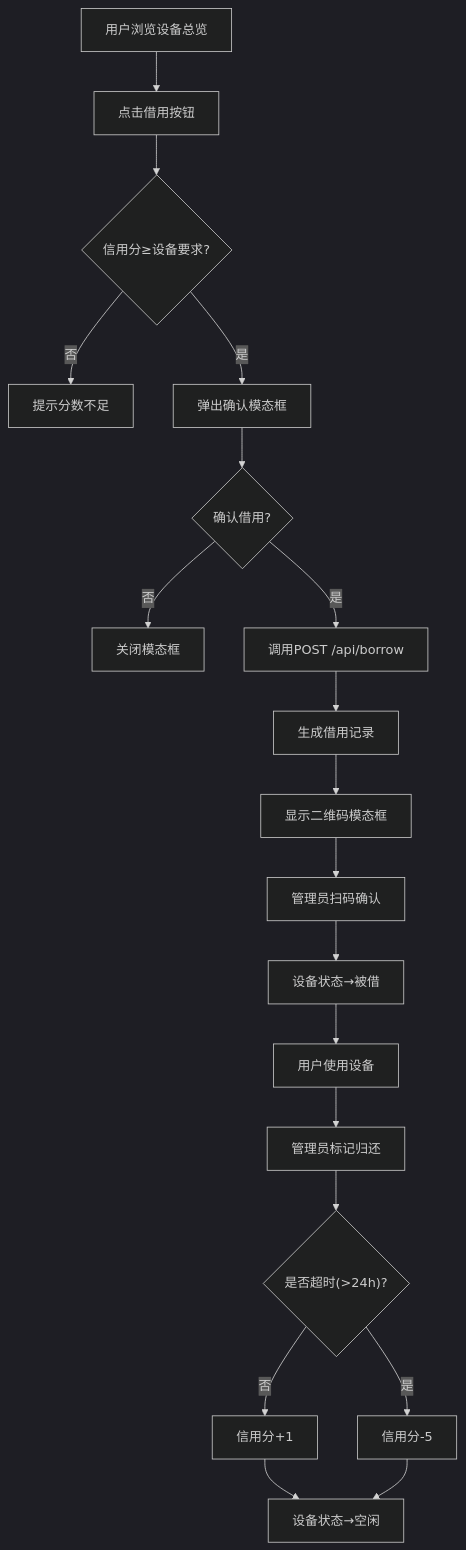
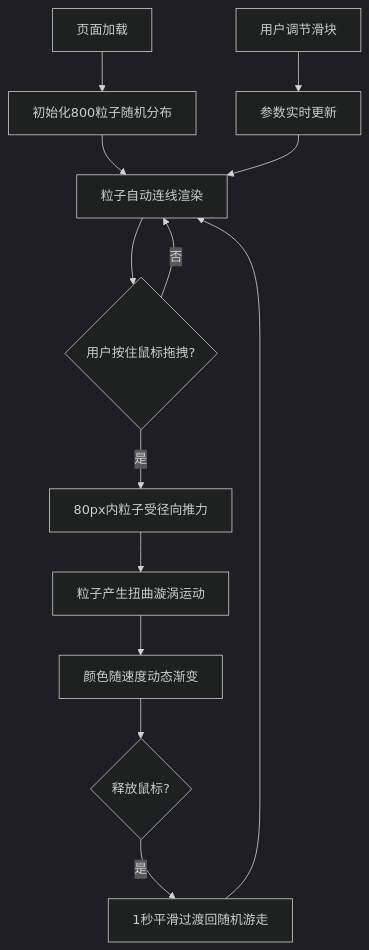
The diagram in cp3_6.17_auto4/.trae/documents/prd.md (NUDT-ZSL/Solo), drawn with Mermaid (dark theme) before and after one commit. The commit also changed other lines of this file and 35 other files, not shown here.

````diff
--- a/cp3_6.17_auto4/.trae/documents/prd.md
+++ b/cp3_6.17_auto4/.trae/documents/prd.md
@@ -46,21 +29,15 @@
 ```mermaid
 flowchart TD
-    A["用户浏览设备总览"] --> B["点击借用按钮"]
-    B --> C{"信用分≥设备要求?"}
-    C -->|"否"| D["提示分数不足"]
-    C -->|"是"| E["弹出确认模态框"]
-    E --> F{"确认借用?"}
-    F -->|"否"| G["关闭模态框"]
-    F -->|"是"| H["调用POST /api/borrow"]
-    H --> I["生成借用记录"]
-    I --> J["显示二维码模态框"]
-    J --> K["管理员扫码确认"]
-    K --> L["设备状态→被借"]
-    L --> M["用户使用设备"]
-    M --> N["管理员标记归还"]
-    N --> O{"是否超时(>24h)?"}
-    O -->|"否"| P["信用分+1"]
-    O -->|"是"| Q["信用分-5"]
-    P --> R["设备状态→空闲"]
-    Q --> R
+    A["页面加载"] --> B["初始化800粒子随机分布"]
+    B --> C["粒子自动连线渲染"]
+    C --> D{"用户按住鼠标拖拽?"}
+    D -->|是| E["80px内粒子受径向推力"]
+    E --> F["粒子产生扭曲漩涡运动"]
+    F --> G["颜色随速度动态渐变"]
+    G --> H{"释放鼠标?"}
+    H -->|是| I["1秒平滑过渡回随机游走"]
+    I --> C
+    D -->|否| C
+    J["用户调节滑块"] --> K["参数实时更新"]
+    K --> C
 ```
````
